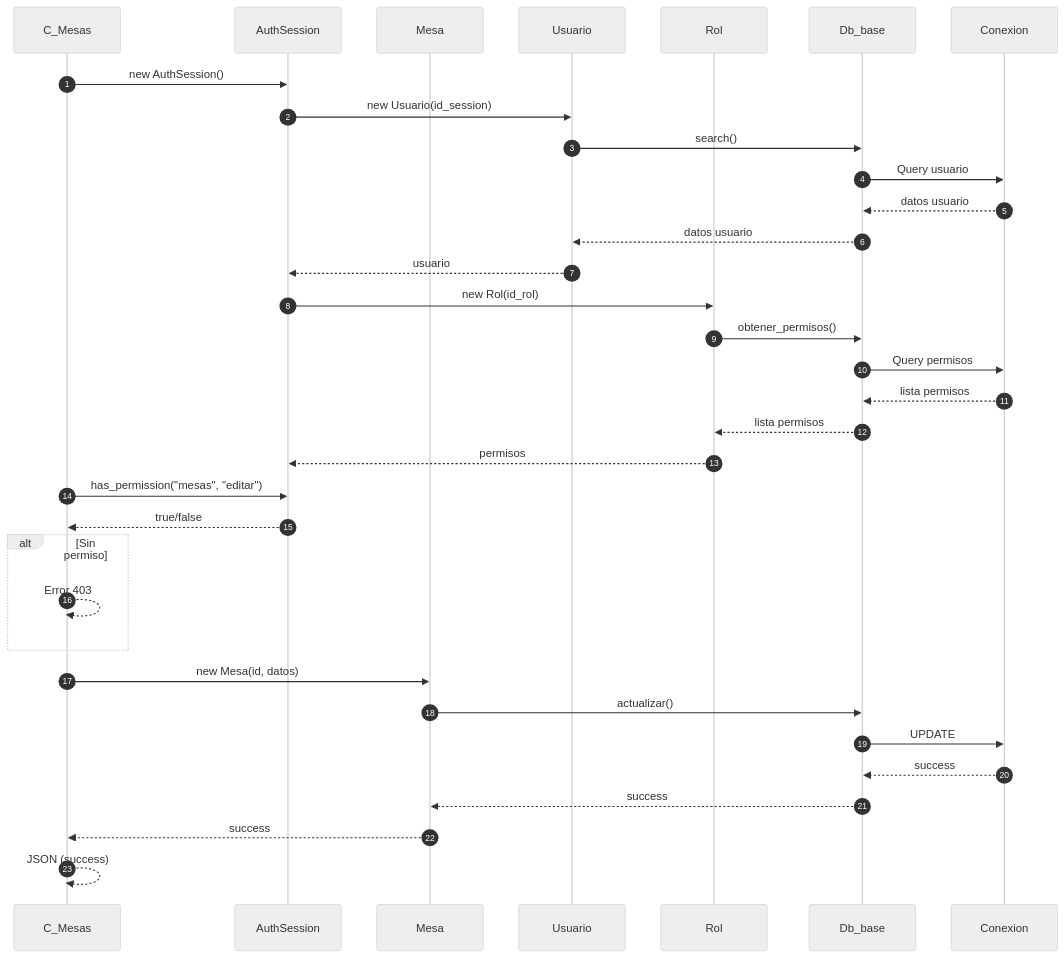
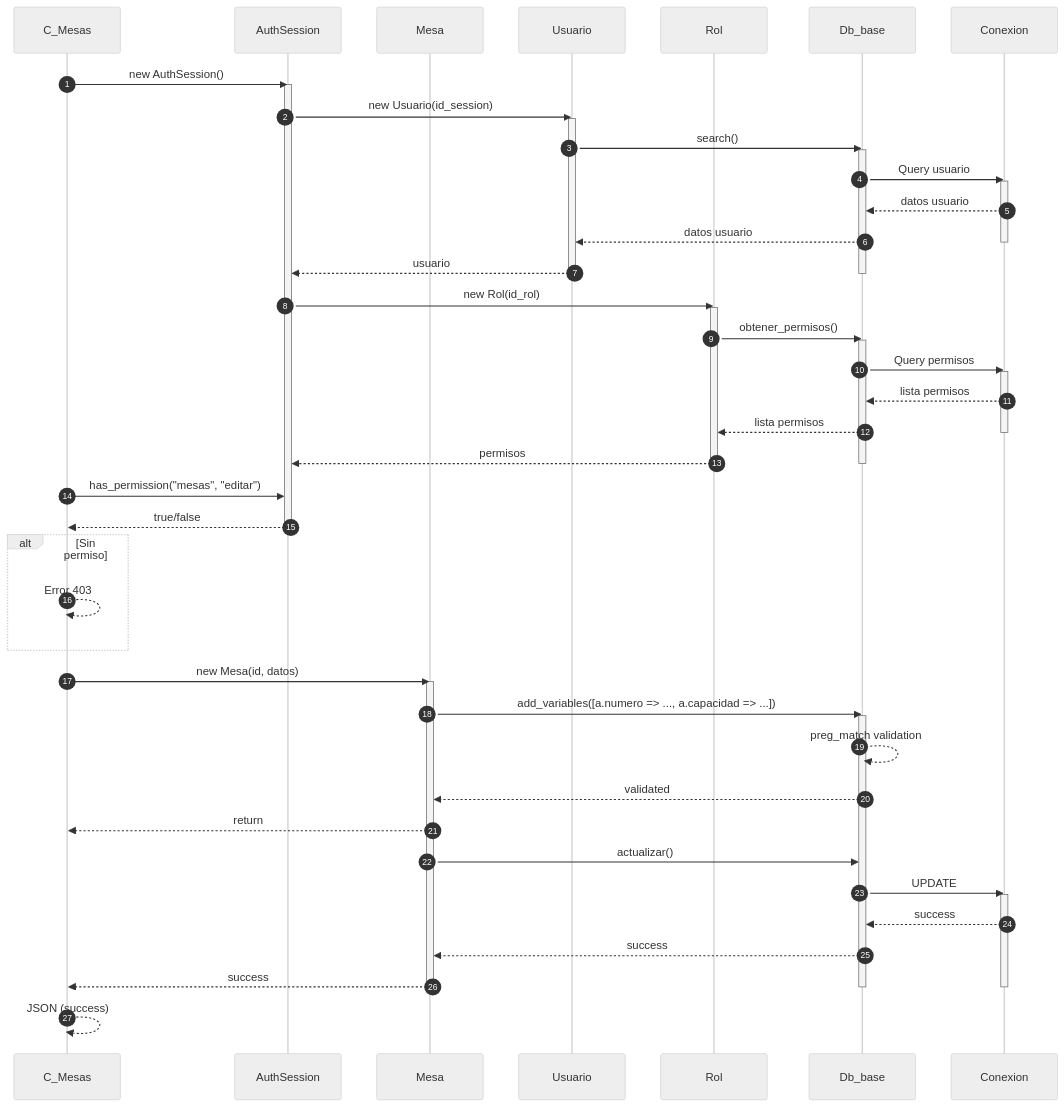
The third of 5 diagrams in docs/secuencia/mesas/mesas.md (Tecrato/BurgerHouse), drawn with Mermaid (neutral theme) before and after one commit. The commit also changed other lines of this file and 16 other files, not shown here.

First line of the commit message:
Annotate mermaid sequences & throttle generator

````diff
--- a/docs/secuencia/mesas/mesas.md
+++ b/docs/secuencia/mesas/mesas.md
@@ -96,42 +140,66 @@
 ```mermaid
 sequenceDiagram
     autonumber
     participant C_Mesas as C_Mesas
     participant AuthSession as AuthSession
     participant Mesa as Mesa
     participant Usuario as Usuario
     participant Rol as Rol
     participant Db_base as Db_base
     participant Conexion as Conexion
     
     C_Mesas->>AuthSession: new AuthSession()
+    activate AuthSession
     AuthSession->>Usuario: new Usuario(id_session)
+    activate Usuario
     Usuario->>Db_base: search()
+    activate Db_base
     Db_base->>Conexion: Query usuario
+    activate Conexion
     Conexion-->>Db_base: datos usuario
     Db_base-->>Usuario: datos usuario
+    deactivate Conexion
     Usuario-->>AuthSession: usuario
+    deactivate Usuario
+    deactivate Db_base
     
     AuthSession->>Rol: new Rol(id_rol)
+    activate Rol
     Rol->>Db_base: obtener_permisos()
+    activate Db_base
     Db_base->>Conexion: Query permisos
+    activate Conexion
     Conexion-->>Db_base: lista permisos
     Db_base-->>Rol: lista permisos
+    deactivate Conexion
     Rol-->>AuthSession: permisos
+    deactivate Rol
+    deactivate Db_base
     
     C_Mesas->>AuthSession: has_permission("mesas", "editar")
     AuthSession-->>C_Mesas: true/false
+    deactivate AuthSession
     
     alt Sin permiso
         C_Mesas-->>C_Mesas: Error 403
     end
     
     C_Mesas->>Mesa: new Mesa(id, datos)
+    activate Mesa
+    Mesa->>Db_base: add_variables([a.numero => ..., a.capacidad => ...])
+    activate Db_base
+    Db_base-->>Db_base: preg_match validation
+    Db_base-->>Mesa: validated
+    Mesa-->>C_Mesas: return
     Mesa->>Db_base: actualizar()
     Db_base->>Conexion: UPDATE
+    activate Conexion
     Conexion-->>Db_base: success
     Db_base-->>Mesa: success
     Mesa-->>C_Mesas: success
+    deactivate Mesa
+    deactivate Conexion
+    deactivate Db_base
     
     C_Mesas-->>C_Mesas: JSON (success)
 ```
````
